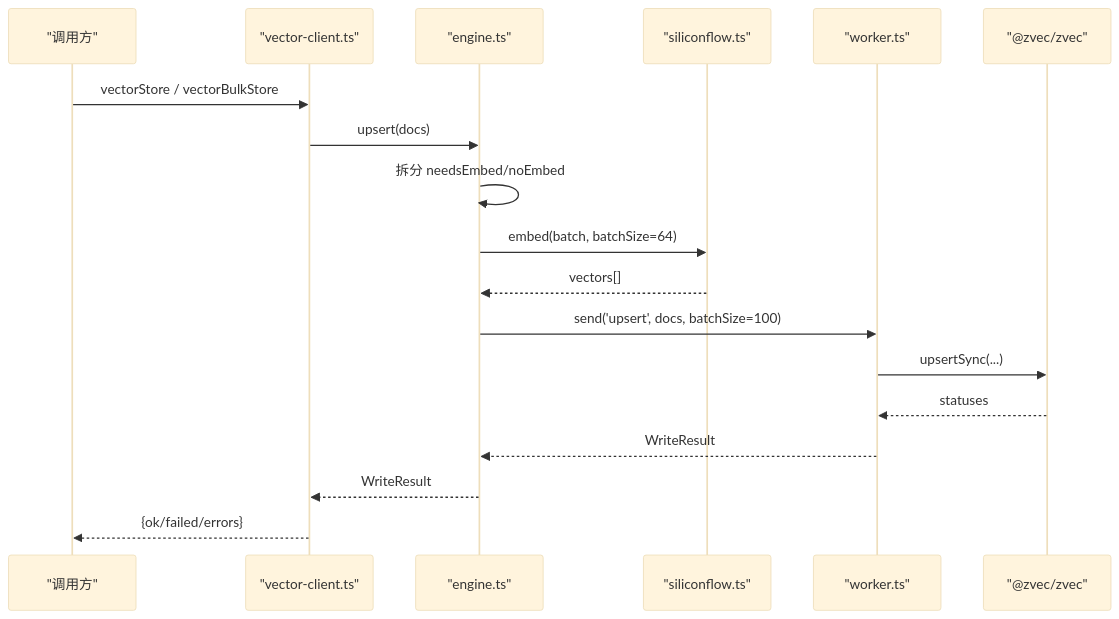
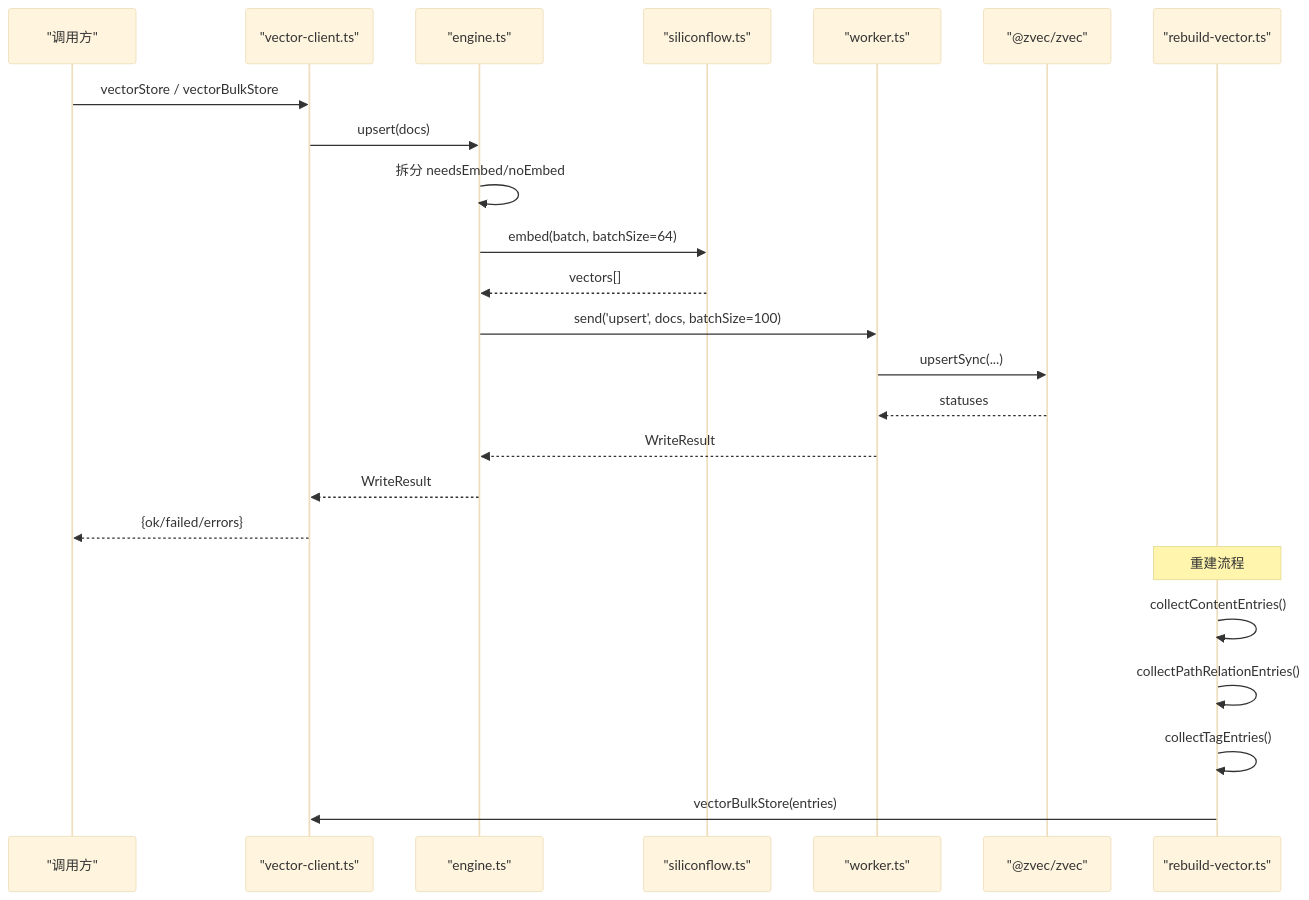
One commit to HACK-WU/kisearch changed the second of 6 diagrams in .qoder/repowiki/zh/content/项目概述/架构总览/数据流处理/向量化处理/向量化处理.md. Above: the diagram before and after it, drawn with Mermaid (base theme). The commit also changed other lines of this file and 303 other files, not shown here.

````diff
--- a/.qoder/repowiki/zh/content/项目概述/架构总览/数据流处理/向量化处理/向量化处理.md
+++ b/.qoder/repowiki/zh/content/项目概述/架构总览/数据流处理/向量化处理/向量化处理.md
@@ -84,20 +93,26 @@
 ```mermaid
 sequenceDiagram
 participant App as "调用方"
 participant VC as "vector-client.ts"
 participant Eng as "engine.ts"
 participant Prov as "siliconflow.ts"
 participant W as "worker.ts"
 participant Z as "@zvec/zvec"
+participant RB as "rebuild-vector.ts"
 App->>VC : vectorStore / vectorBulkStore
 VC->>Eng : upsert(docs)
 Eng->>Eng : 拆分 needsEmbed/noEmbed
 Eng->>Prov : embed(batch, batchSize=64)
 Prov-->>Eng : vectors[]
 Eng->>W : send('upsert', docs, batchSize=100)
 W->>Z : upsertSync(...)
 Z-->>W : statuses
 W-->>Eng : WriteResult
 Eng-->>VC : WriteResult
 VC-->>App : {ok/failed/errors}
+Note over RB : 重建流程
+RB->>RB : collectContentEntries()
+RB->>RB : collectPathRelationEntries()
+RB->>RB : collectTagEntries()
+RB->>VC : vectorBulkStore(entries)
 ```
````
